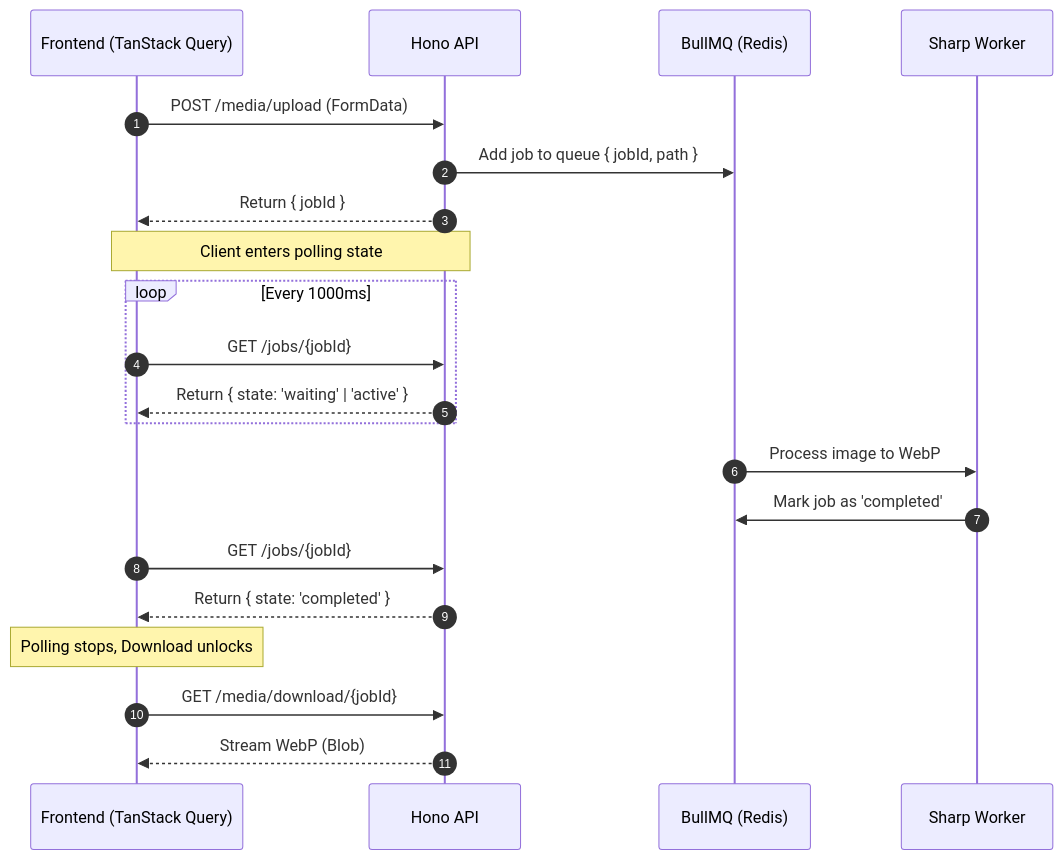
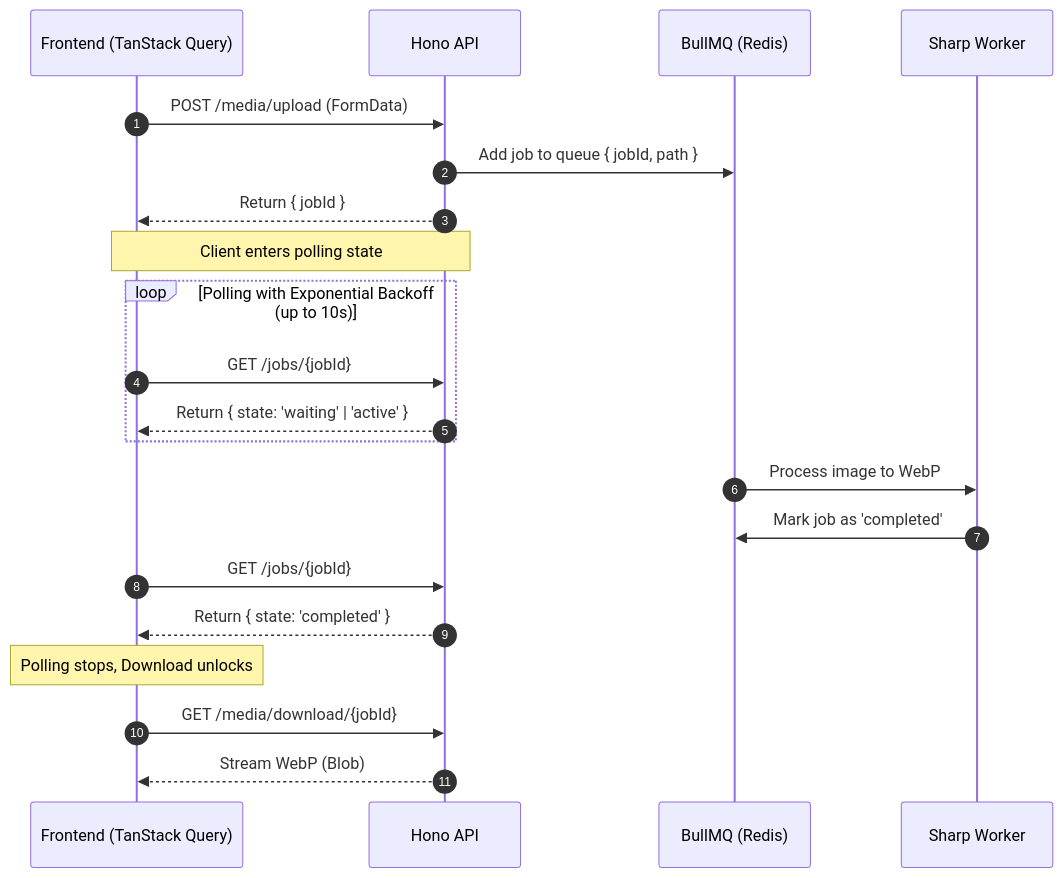
The diagram in README.md (LeonardTarigan/squish), drawn with Mermaid before and after one commit.

Commit message:
chore(docs): adjust readme diagram

````diff
--- a/README.md
+++ b/README.md
@@ -107,28 +107,28 @@
 ```mermaid
 sequenceDiagram
     autonumber
     participant C as Frontend (TanStack Query)
     participant A as Hono API
     participant Q as BullMQ (Redis)
     participant W as Sharp Worker
 
     C->>A: POST /media/upload (FormData)
     A->>Q: Add job to queue { jobId, path }
     A-->>C: Return { jobId }
 
     Note over C, A: Client enters polling state
-    loop Every 1000ms
+    loop Polling with Exponential Backoff (up to 10s)
         C->>A: GET /jobs/{jobId}
         A-->>C: Return { state: 'waiting' | 'active' }
     end
 
     Q->>W: Process image to WebP
     W->>Q: Mark job as 'completed'
 
     C->>A: GET /jobs/{jobId}
     A-->>C: Return { state: 'completed' }
     Note over C: Polling stops, Download unlocks
 
     C->>A: GET /media/download/{jobId}
     A-->>C: Stream WebP (Blob)
 ```
````
